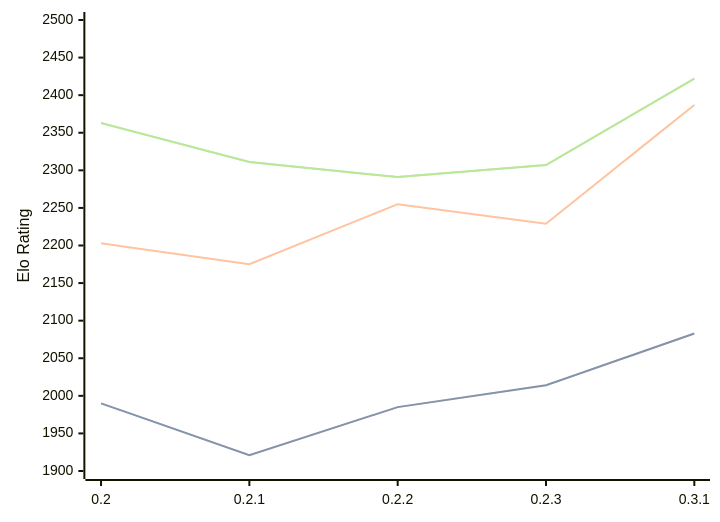
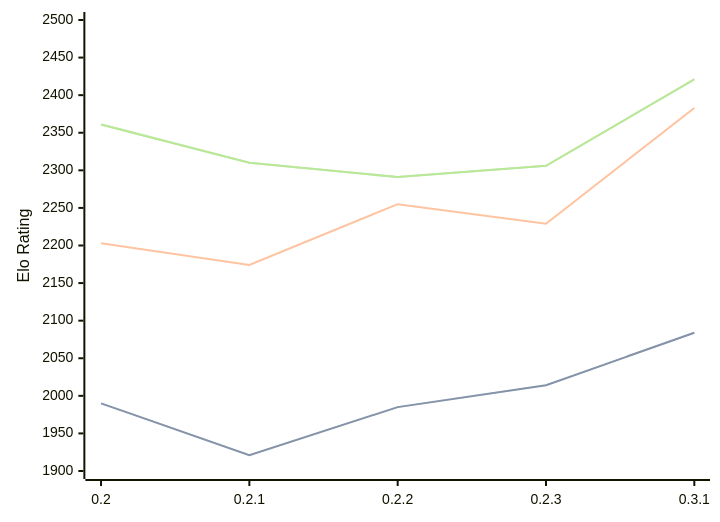
One commit to computer-chess-index/cci changed the diagram in engines/Lolbot.md. Above: the diagram before and after it, drawn with Mermaid. The commit also changed other lines of this file, not shown here.

Commit message:
Update CCI Ratings (ELO VLTC) - 2026-06-10

````diff
--- a/engines/Lolbot.md
+++ b/engines/Lolbot.md
@@ -36,11 +36,11 @@
 ```mermaid
 %%{init: {"theme":"base","themeVariables":{"seriesColors:['#a3a3a3','#222221','#faa371']}}}%%
 xychart-beta
   x-axis ["0.2", "0.2.1", "0.2.2", "0.2.3", "0.3.1"]
   y-axis "Elo Rating" 1900 --> 2500
-  line "STC (8.0+0.08s)" [1990, 1921, 1985, 2014, 2083]
-  line "STC (8.0+0.08s)" [1990, 1921, 1985, 2014, 2083]
-  line "LTC (60.0+0.60s)" [2203, 2175, 2255, 2229, 2387]
-  line "VLTC (2m24s+1.12s)" [2363, 2311, 2291, 2307, 2422]
-  line "VLTC (2m24s+1.12s)" [2363, 2311, 2291, 2307, 2422]
+  line "STC (8.0+0.08s)" [1990, 1921, 1985, 2014, 2084]
+  line "STC (8.0+0.08s)" [1990, 1921, 1985, 2014, 2084]
+  line "LTC (60.0+0.60s)" [2203, 2174, 2255, 2229, 2383]
+  line "VLTC (2m24s+1.12s)" [2361, 2310, 2291, 2306, 2421]
+  line "VLTC (2m24s+1.12s)" [2361, 2310, 2291, 2306, 2421]
 ```
````
